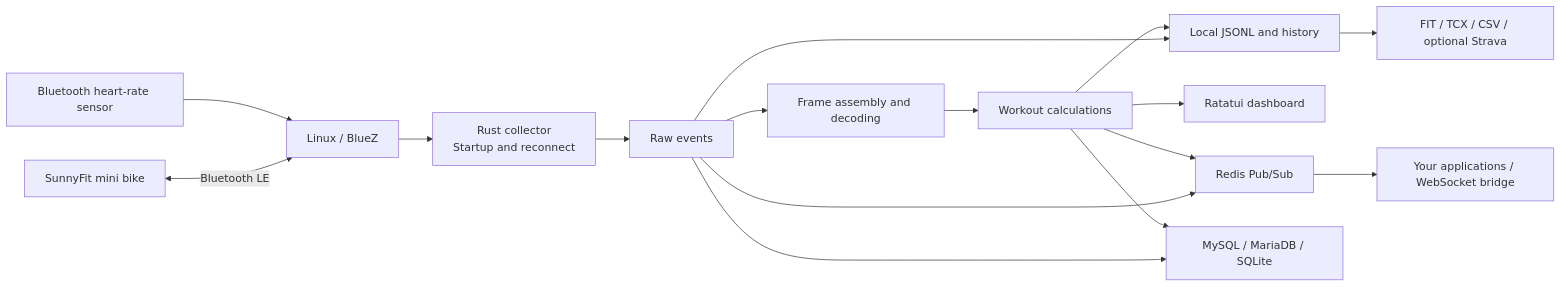
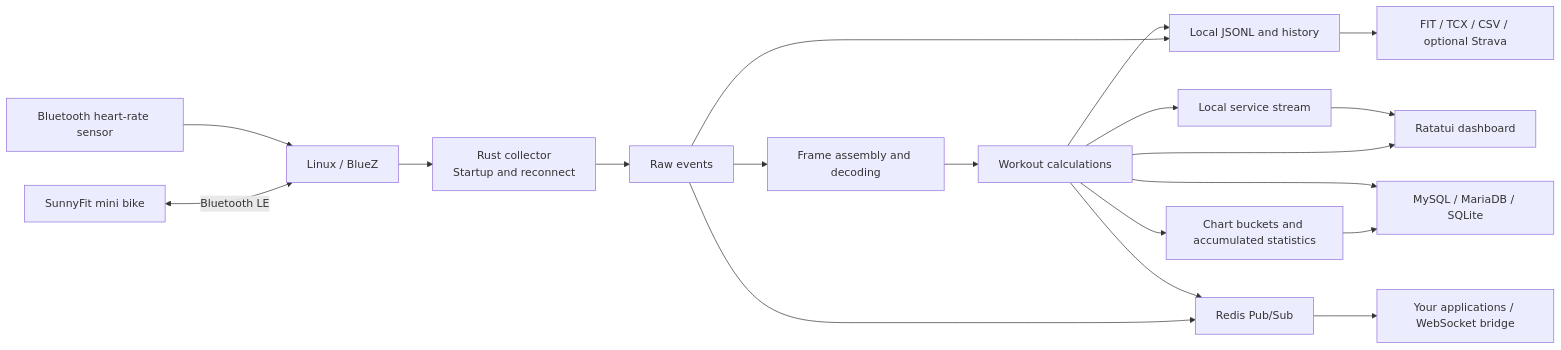
One commit to kawaiipantsu/sunnyfit-ble-cli changed the diagram in README.md. Above: the diagram before and after it, drawn with Mermaid. The commit also changed other lines of this file and 25 other files, not shown here.

Commit message:
Share service telemetry with workouts and materialize ride statistics

````diff
--- a/README.md
+++ b/README.md
@@ -202,18 +207,21 @@
 ```mermaid
 flowchart LR
     Bike[SunnyFit mini bike] <-->|Bluetooth LE| BlueZ[Linux / BlueZ]
     BlueZ --> Collector[Rust collector\nStartup and reconnect]
     Collector --> Raw[Raw events]
     Raw --> Decoder[Frame assembly and decoding]
     Decoder --> Workout[Workout calculations]
     Raw --> Files[Local JSONL and history]
     Workout --> Files
     Workout --> TUI[Ratatui dashboard]
     Raw --> Redis[Redis Pub/Sub]
     Workout --> Redis
     Sensor[Bluetooth heart-rate sensor] --> BlueZ
-    Raw --> DB[MySQL / MariaDB / SQLite]
+    Workout --> Aggregates[Chart buckets and accumulated statistics]
+    Aggregates --> DB[MySQL / MariaDB / SQLite]
+    Workout --> Stream[Local service stream]
+    Stream --> TUI
     Workout --> DB
     Files --> Export[FIT / TCX / CSV / optional Strava]
     Redis --> Apps[Your applications / WebSocket bridge]
 ```
````
